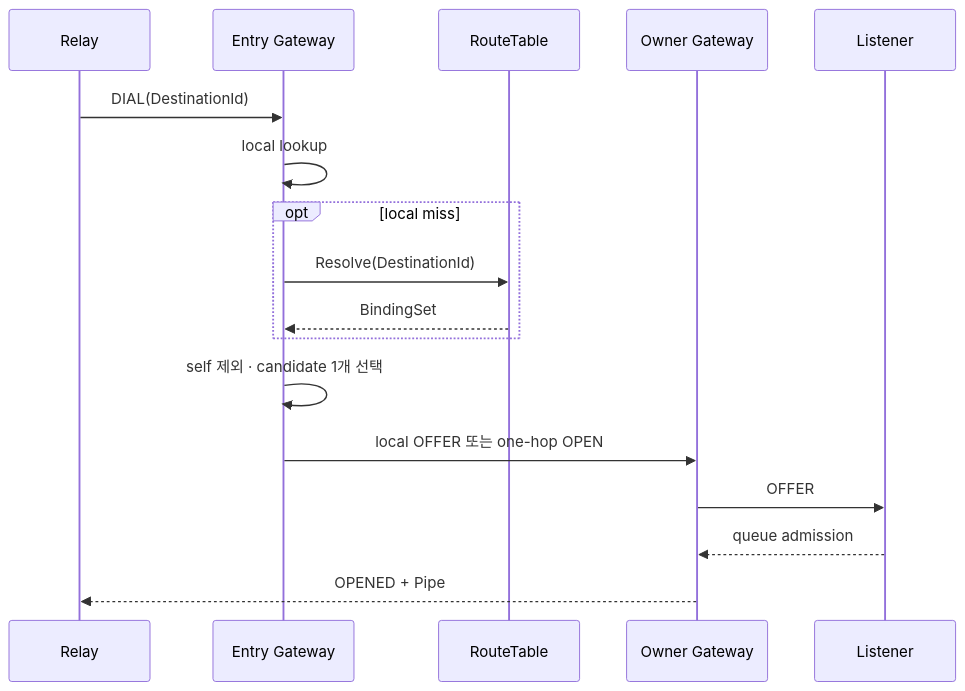
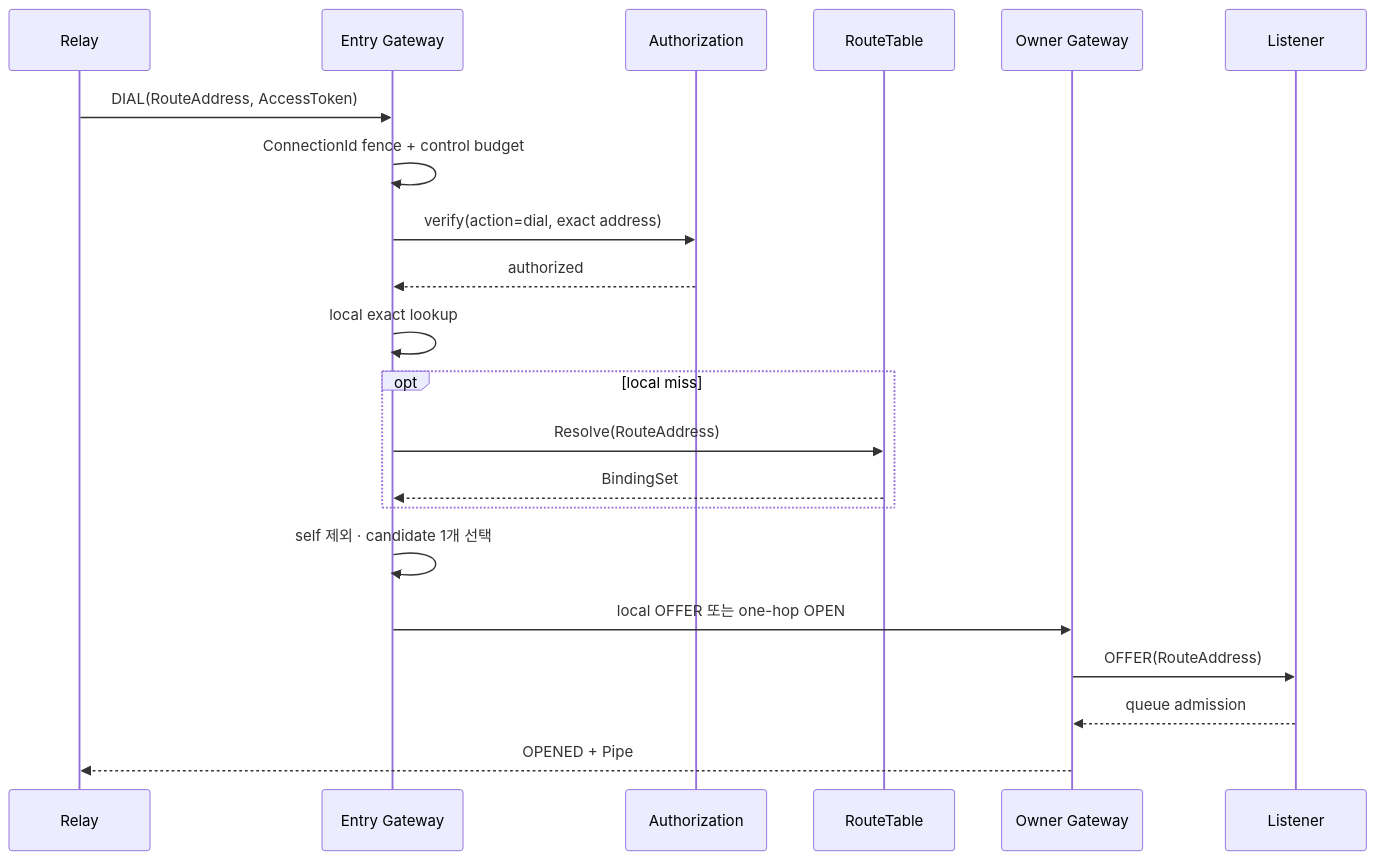
One commit to cagojeiger/relaygate changed the diagram in docs/spec/005-connection-establishment-contract.md. Above: the diagram before and after it, drawn with Mermaid. The commit also changed other lines of this file and 177 other files, not shown here.

````diff
--- a/docs/spec/005-connection-establishment-contract.md
+++ b/docs/spec/005-connection-establishment-contract.md
@@ -3,19 +3,23 @@
 ```mermaid
 sequenceDiagram
     participant R as Relay
     participant E as Entry Gateway
+    participant A as Authorization
     participant RT as RouteTable
     participant O as Owner Gateway
     participant L as Listener
-    R->>E: DIAL(DestinationId)
-    E->>E: local lookup
+    R->>E: DIAL(RouteAddress, AccessToken)
+    E->>E: ConnectionId fence + control budget
+    E->>A: verify(action=dial, exact address)
+    A-->>E: authorized
+    E->>E: local exact lookup
     opt local miss
-        E->>RT: Resolve(DestinationId)
+        E->>RT: Resolve(RouteAddress)
         RT-->>E: BindingSet
     end
     E->>E: self 제외 · candidate 1개 선택
     E->>O: local OFFER 또는 one-hop OPEN
-    O->>L: OFFER
+    O->>L: OFFER(RouteAddress)
     L-->>O: queue admission
     O-->>R: OPENED + Pipe
 ```
````
